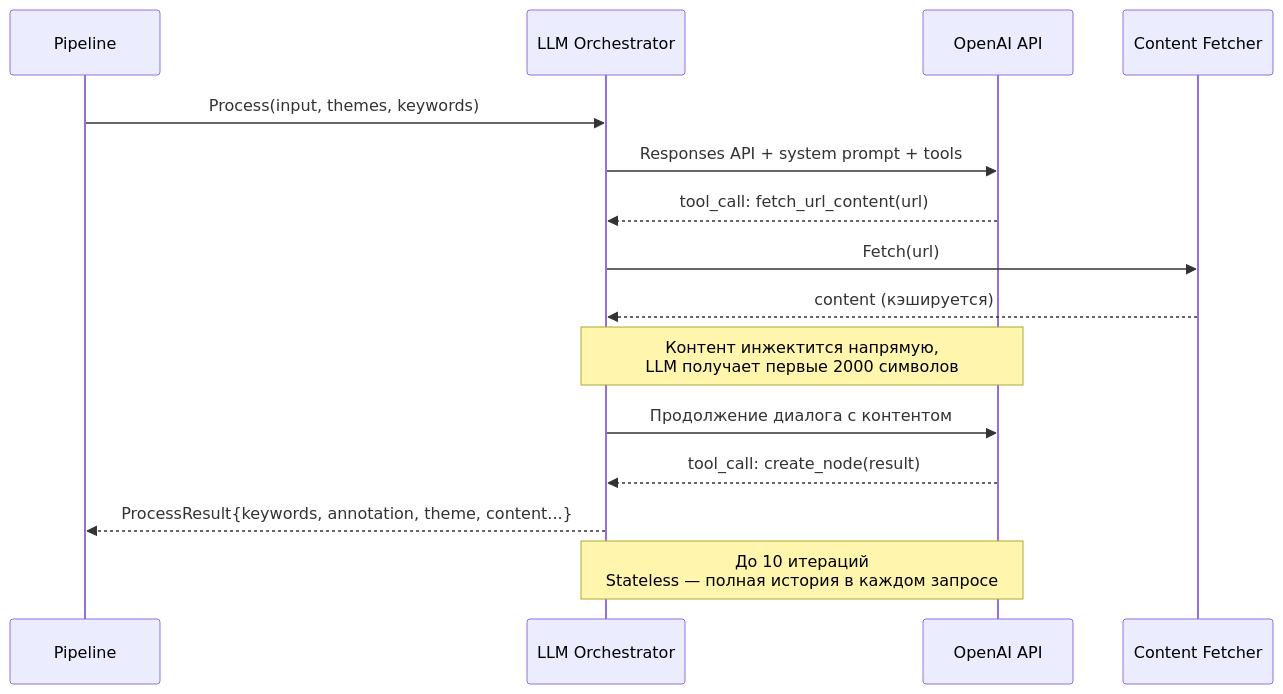
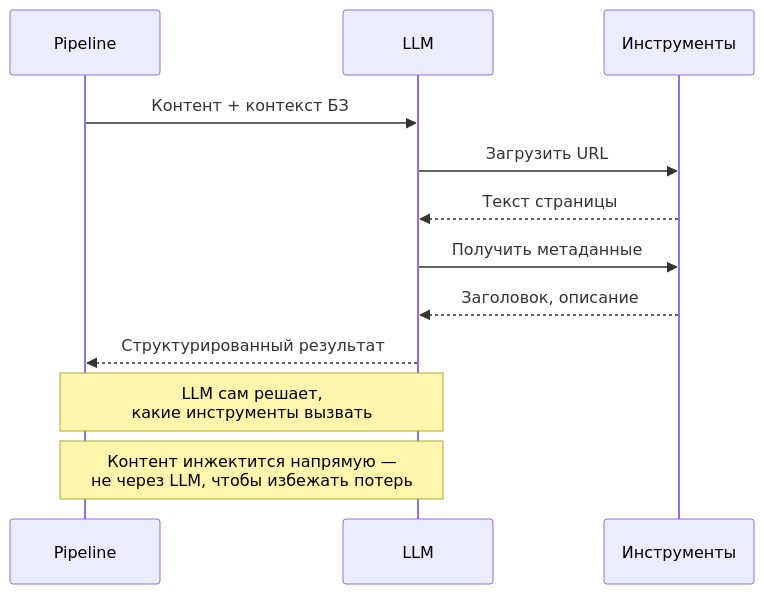
The fourth of 13 diagrams in docs/presentations/knowledge-db-overview.md (strider2038/knowledge-db), drawn with Mermaid before and after one commit. The commit also changed other lines of this file, not shown here.

Commit message:
docs: simplify diagrams to focus on conceptual decisions

````diff
--- a/docs/presentations/knowledge-db-overview.md
+++ b/docs/presentations/knowledge-db-overview.md
@@ -219,19 +118,16 @@
 ```mermaid
 sequenceDiagram
     participant P as Pipeline
-    participant O as LLM Orchestrator
-    participant LLM as OpenAI API
-    participant F as Content Fetcher
+    participant LLM as LLM
+    participant Tools as Инструменты
 
-    P->>O: Process(input, themes, keywords)
-    O->>LLM: Responses API + system prompt + tools
-    LLM-->>O: tool_call: fetch_url_content(url)
-    O->>F: Fetch(url)
-    F-->>O: content (кэшируется)
-    Note over O,LLM: Контент инжектится напрямую,<br/>LLM получает первые 2000 символов
-    O->>LLM: Продолжение диалога с контентом
-    LLM-->>O: tool_call: create_node(result)
-    O-->>P: ProcessResult{keywords, annotation, theme, content...}
-
-    Note over O,LLM: До 10 итераций<br/>Stateless — полная история в каждом запросе
+    P->>LLM: Контент + контекст БЗ
+    LLM->>Tools: Загрузить URL
+    Tools-->>LLM: Текст страницы
+    LLM->>Tools: Получить метаданные
+    Tools-->>LLM: Заголовок, описание
+    LLM-->>P: Структурированный результат
+    
+    Note over P,LLM: LLM сам решает,<br/>какие инструменты вызвать
+    Note over P,LLM: Контент инжектится напрямую —<br/>не через LLM, чтобы избежать потерь
 ```
````
